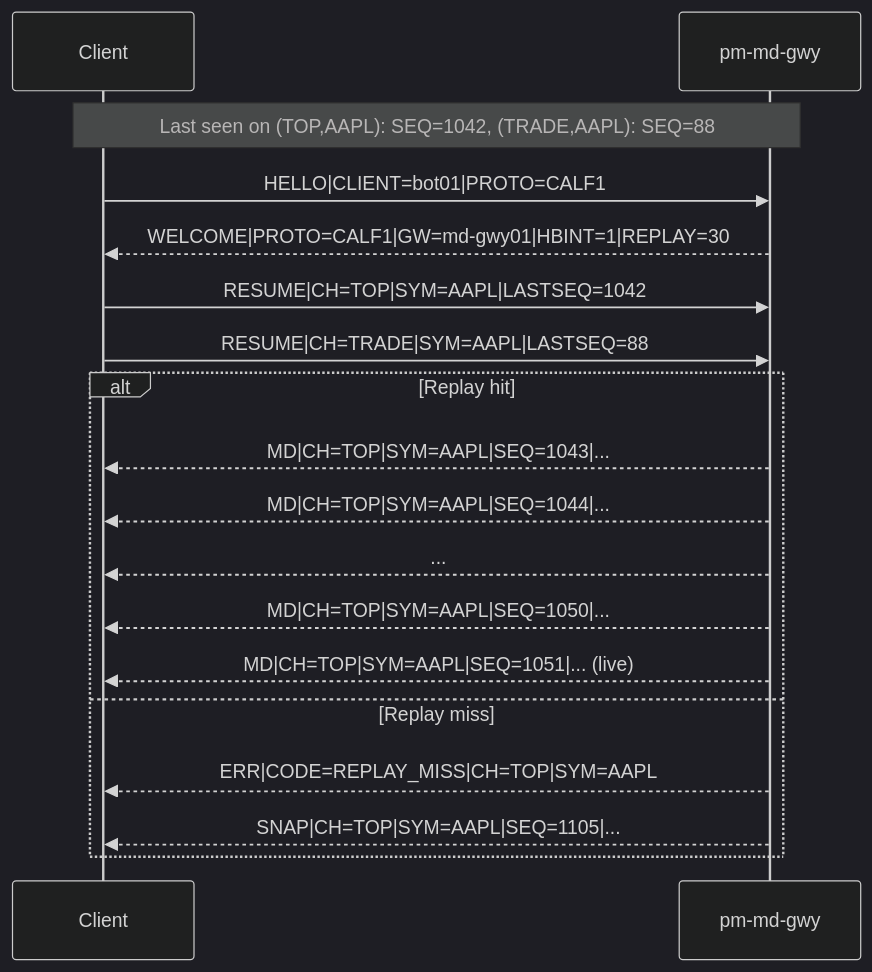
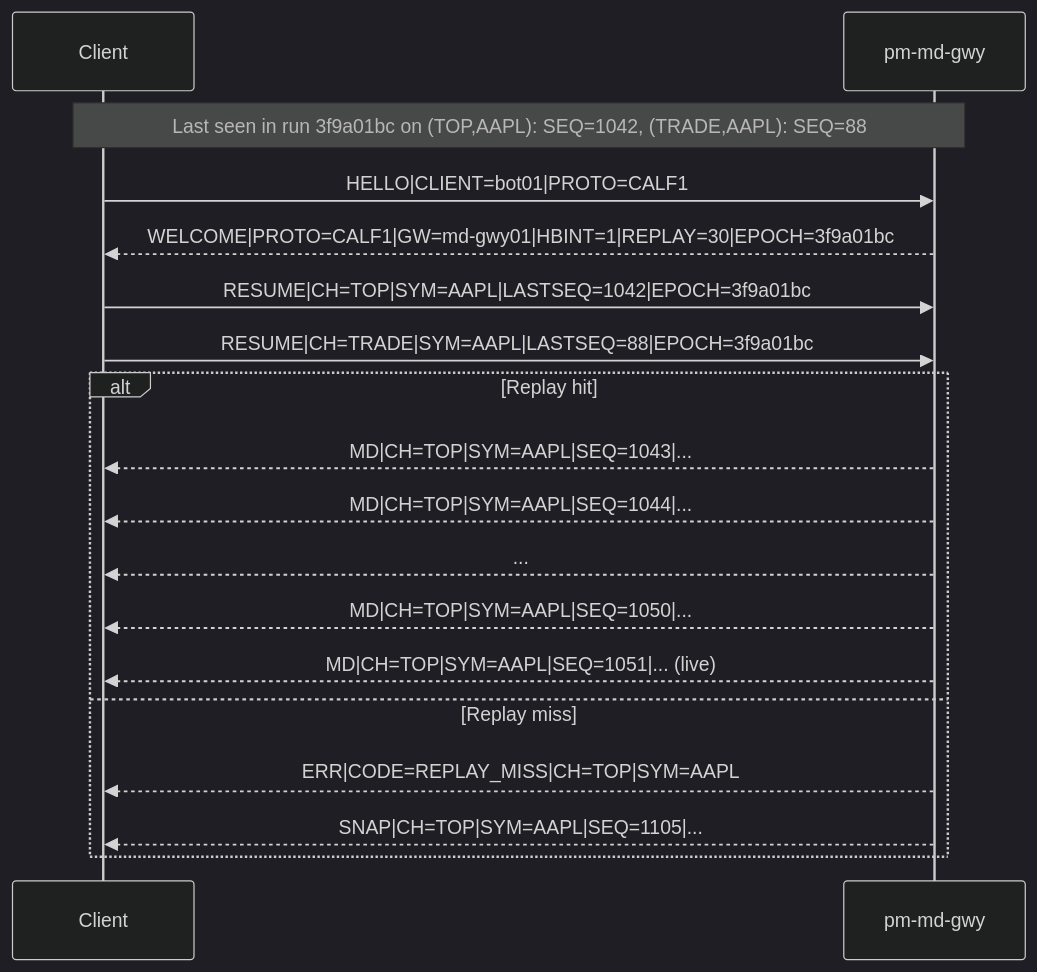
The third of 4 diagrams in docs/books/protocols-and-clients/part-2-specifications/030-calf.md (johan162/EduMatcher), drawn with Mermaid (dark theme) before and after one commit. The commit also changed other lines of this file and 46 other files, not shown here.

Commit message:
fix(md-gwy): epoch-checked RESUME, engine resync, bus-gap metric, indexed fan-out, ndex subscriptions by stream: 1.3 ms -> 17 us per event at 64x600

````diff
--- a/docs/books/protocols-and-clients/part-2-specifications/030-calf.md
+++ b/docs/books/protocols-and-clients/part-2-specifications/030-calf.md
@@ -1239,22 +1272,22 @@
 ```mermaid
 sequenceDiagram
     participant C as Client
     participant G as pm-md-gwy
 
-    Note over C,G: Last seen on (TOP,AAPL): SEQ=1042, (TRADE,AAPL): SEQ=88
+    Note over C,G: Last seen in run 3f9a01bc on (TOP,AAPL): SEQ=1042, (TRADE,AAPL): SEQ=88
     C->>G: HELLO|CLIENT=bot01|PROTO=CALF1
-    G-->>C: WELCOME|PROTO=CALF1|GW=md-gwy01|HBINT=1|REPLAY=30
-    C->>G: RESUME|CH=TOP|SYM=AAPL|LASTSEQ=1042
-    C->>G: RESUME|CH=TRADE|SYM=AAPL|LASTSEQ=88
+    G-->>C: WELCOME|PROTO=CALF1|GW=md-gwy01|HBINT=1|REPLAY=30|EPOCH=3f9a01bc
+    C->>G: RESUME|CH=TOP|SYM=AAPL|LASTSEQ=1042|EPOCH=3f9a01bc
+    C->>G: RESUME|CH=TRADE|SYM=AAPL|LASTSEQ=88|EPOCH=3f9a01bc
 
     alt Replay hit
         G-->>C: MD|CH=TOP|SYM=AAPL|SEQ=1043|...
         G-->>C: MD|CH=TOP|SYM=AAPL|SEQ=1044|...
         G-->>C: ...
         G-->>C: MD|CH=TOP|SYM=AAPL|SEQ=1050|...
         G-->>C: MD|CH=TOP|SYM=AAPL|SEQ=1051|... (live)
     else Replay miss
         G-->>C: ERR|CODE=REPLAY_MISS|CH=TOP|SYM=AAPL
         G-->>C: SNAP|CH=TOP|SYM=AAPL|SEQ=1105|...
     end
 ```
````
